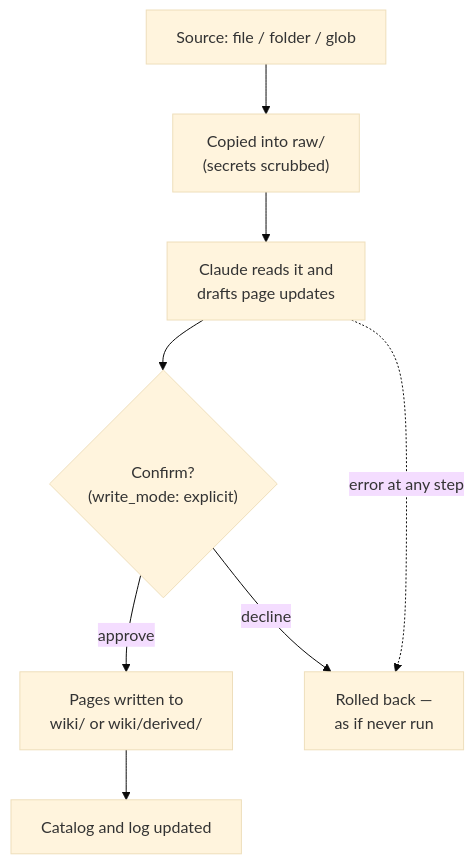
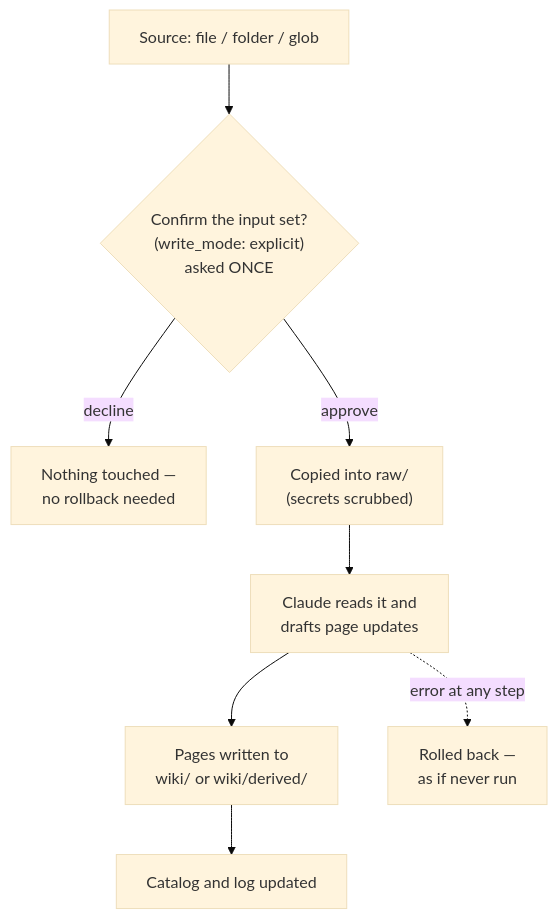
Before and after one commit to gigamori/ai-agent-toolkit: the third of 3 diagrams in plugins/llm-wiki/USER_GUIDE.md, drawn with Mermaid (base theme). The commit also changed other lines of this file and 1 other file, not shown here.

First line of the commit message:
docs(llm-wiki): correct the confirmation flow for the batch-head gate

````diff
--- a/plugins/llm-wiki/USER_GUIDE.md
+++ b/plugins/llm-wiki/USER_GUIDE.md
@@ -121,10 +128,10 @@
 ```mermaid
 flowchart TD
-    S["Source: file / folder / glob"] --> R["Copied into raw/<br/>(secrets scrubbed)"]
+    S["Source: file / folder / glob"] --> CONF{"Confirm the input set?<br/>(write_mode: explicit)<br/>asked ONCE"}
+    CONF -- decline --> STOP["Nothing touched —<br/>no rollback needed"]
+    CONF -- approve --> R["Copied into raw/<br/>(secrets scrubbed)"]
     R --> READ["Claude reads it and<br/>drafts page updates"]
-    READ --> CONF{"Confirm?<br/>(write_mode: explicit)"}
-    CONF -- approve --> W["Pages written to<br/>wiki/ or wiki/derived/"]
+    READ --> W["Pages written to<br/>wiki/ or wiki/derived/"]
     W --> OK["Catalog and log updated"]
-    CONF -- decline --> RB["Rolled back —<br/>as if never run"]
-    READ -. "error at any step" .-> RB
+    READ -. "error at any step" .-> RB["Rolled back —<br/>as if never run"]
 ```
````
